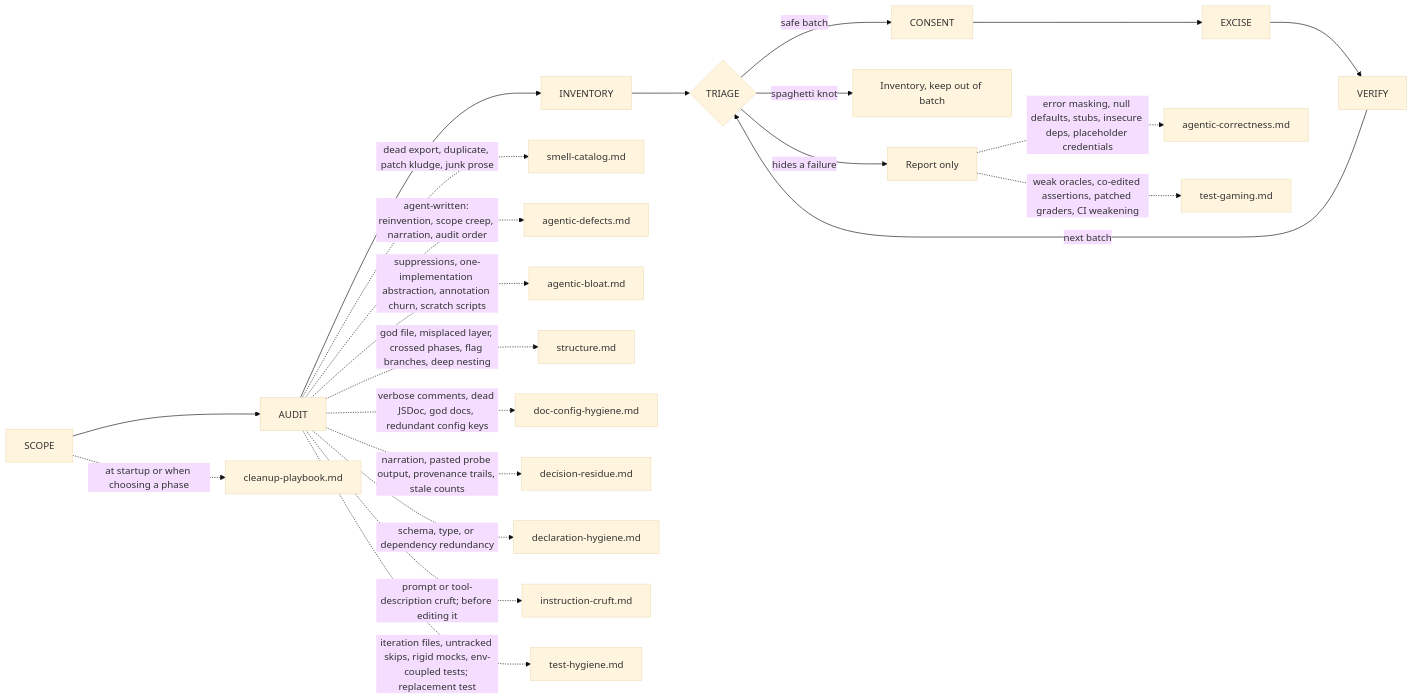
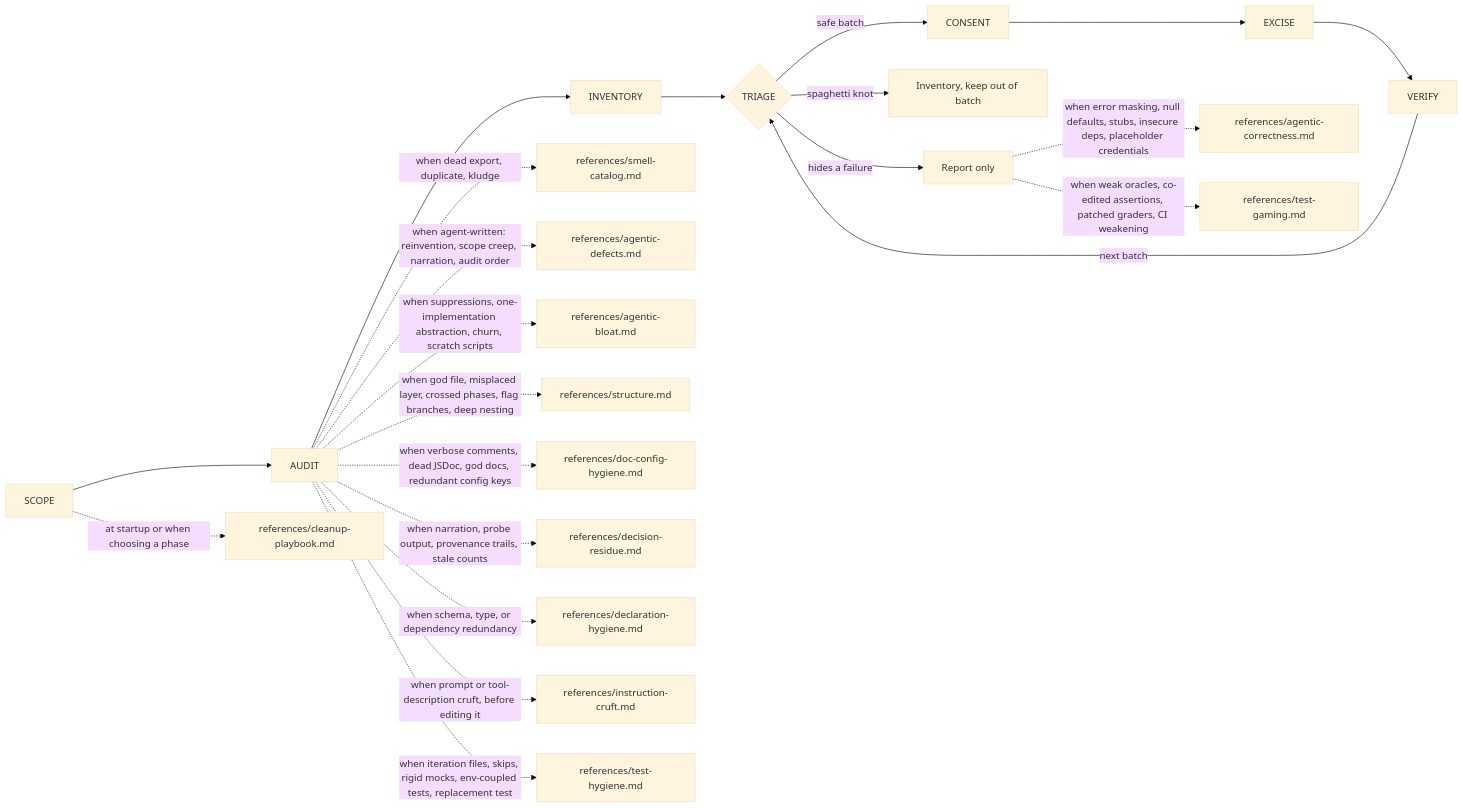
Before and after one commit to bgauryy/octocode: the diagram in skills/octocode-clean-agentic-code/SKILL.md, drawn with Mermaid (base theme). The commit also changed other lines of this file and 374 other files, not shown here.

````diff
--- a/skills/octocode-clean-agentic-code/SKILL.md
+++ b/skills/octocode-clean-agentic-code/SKILL.md
@@ -16,20 +15,20 @@
 ```mermaid
 flowchart LR
     S["SCOPE"] --> AU["AUDIT"] --> I["INVENTORY"] --> T{"TRIAGE"}
     T -- "hides a failure" --> R["Report only"]
     T -- "spaghetti knot" --> K["Inventory, keep out of batch"]
     T -- "safe batch" --> C["CONSENT"] --> E["EXCISE"] --> V["VERIFY"]
     V -- "next batch" --> T
-    S -. "at startup or when choosing a phase" .-> PB["cleanup-playbook.md"]
-    AU -. "dead export, duplicate, patch kludge, junk prose" .-> SC["smell-catalog.md"]
-    AU -. "agent-written: reinvention, scope creep, narration, audit order" .-> AD["agentic-defects.md"]
-    AU -. "suppressions, one-implementation abstraction, annotation churn, scratch scripts" .-> AB["agentic-bloat.md"]
-    AU -. "god file, misplaced layer, crossed phases, flag branches, deep nesting" .-> ST["structure.md"]
-    AU -. "verbose comments, dead JSDoc, god docs, redundant config keys" .-> DC["doc-config-hygiene.md"]
-    AU -. "narration, pasted probe output, provenance trails, stale counts" .-> DR["decision-residue.md"]
-    AU -. "schema, type, or dependency redundancy" .-> DH["declaration-hygiene.md"]
-    AU -. "prompt or tool-description cruft; before editing it" .-> IC["instruction-cruft.md"]
-    AU -. "iteration files, untracked skips, rigid mocks, env-coupled tests; replacement test" .-> TH["test-hygiene.md"]
-    R -. "error masking, null defaults, stubs, insecure deps, placeholder credentials" .-> AC["agentic-correctness.md"]
-    R -. "weak oracles, co-edited assertions, patched graders, CI weakening" .-> TG["test-gaming.md"]
+    S -. "at startup or when choosing a phase" .-> PB["references/cleanup-playbook.md"]
+    AU -. "when dead export, duplicate, kludge" .-> SC["references/smell-catalog.md"]
+    AU -. "when agent-written: reinvention, scope creep, narration, audit order" .-> AD["references/agentic-defects.md"]
+    AU -. "when suppressions, one-implementation abstraction, churn, scratch scripts" .-> AB["references/agentic-bloat.md"]
+    AU -. "when god file, misplaced layer, crossed phases, flag branches, deep nesting" .-> ST["references/structure.md"]
+    AU -. "when verbose comments, dead JSDoc, god docs, redundant config keys" .-> DC["references/doc-config-hygiene.md"]
+    AU -. "when narration, probe output, provenance trails, stale counts" .-> DR["references/decision-residue.md"]
+    AU -. "when schema, type, or dependency redundancy" .-> DH["references/declaration-hygiene.md"]
+    AU -. "when prompt or tool-description cruft, before editing it" .-> IC["references/instruction-cruft.md"]
+    AU -. "when iteration files, skips, rigid mocks, env-coupled tests, replacement test" .-> TH["references/test-hygiene.md"]
+    R -. "when error masking, null defaults, stubs, insecure deps, placeholder credentials" .-> AC["references/agentic-correctness.md"]
+    R -. "when weak oracles, co-edited assertions, patched graders, CI weakening" .-> TG["references/test-gaming.md"]
 ```
````
